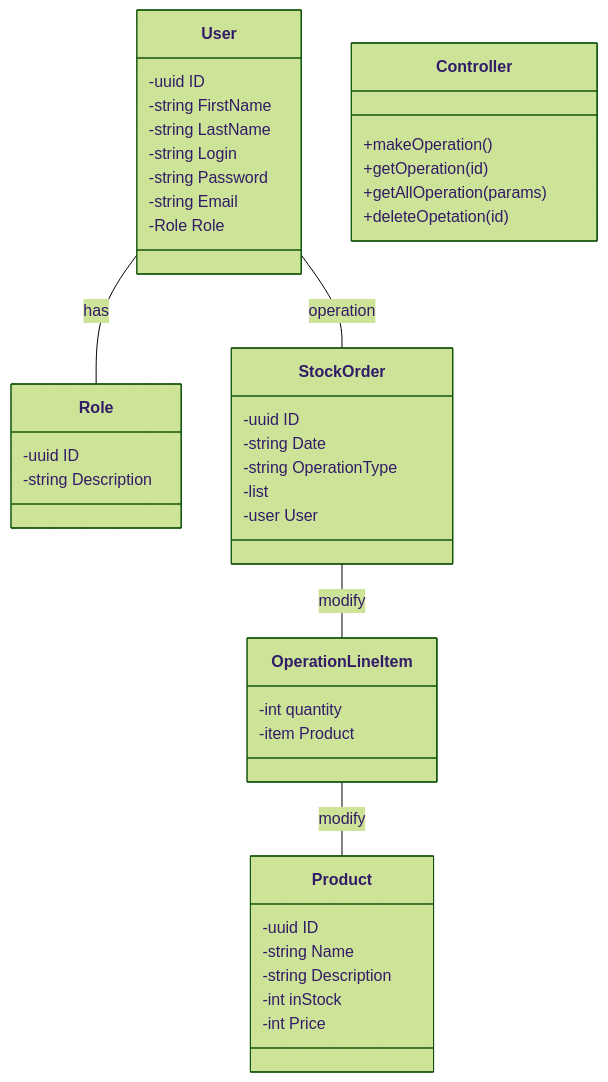
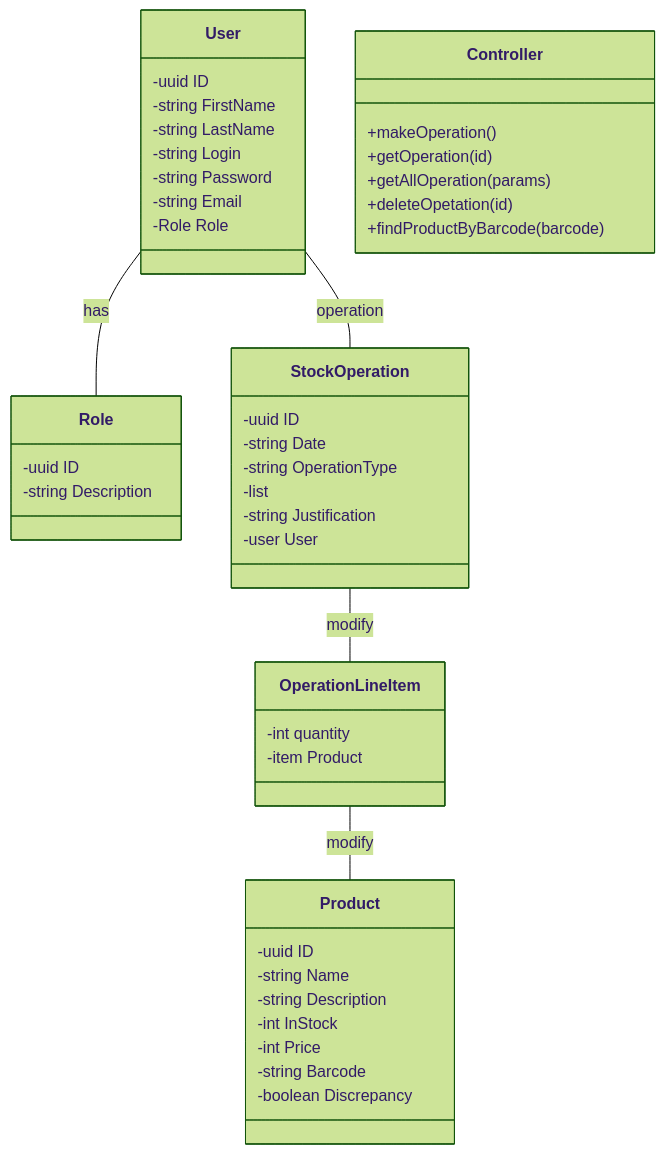
Before and after one commit to PortnovAlex80/node_js_pro: the fifth of 11 diagrams in README.md, drawn with Mermaid (forest theme). The commit also changed other lines of this file, not shown here.

````diff
--- a/README.md
+++ b/README.md
@@ -559,49 +527,53 @@
 ```mermaid
 classDiagram
 
     class User{
         -uuid ID
         -string FirstName
         -string LastName
         -string Login
         -string Password
         -string Email
         -Role Role   
     }
     class Role{
         -uuid ID
         -string Description
     }
     
-    class StockOrder{
+    class StockOperation{
         -uuid ID
         -string Date
         -string OperationType
         -list<OperationLineItem>
+        -string Justification
         -user User
             }
         class OperationLineItem{
 -int quantity
 -item Product
             }
     
     class Product{
         -uuid ID
         -string Name
         -string Description
-        -int inStock
+        -int InStock
         -int Price
+		-string Barcode
+		-boolean Discrepancy
     }
     
         class Controller {
         +makeOperation()
         +getOperation(id)
         +getAllOperation(params)
         +deleteOpetation(id)
+        +findProductByBarcode(barcode)
     }
     
-    User  --  StockOrder : operation
+    User  --  StockOperation : operation
     User  --  Role : has
-    StockOrder  --  OperationLineItem : modify
+    StockOperation  --  OperationLineItem : modify
     OperationLineItem  --  Product : modify
 ```
````
